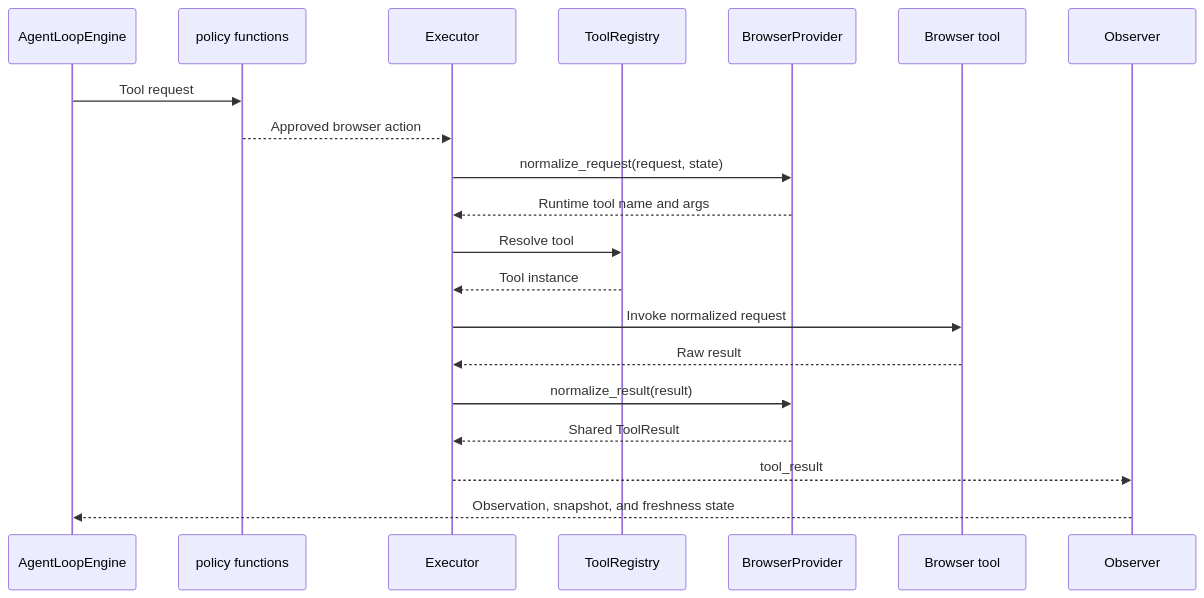
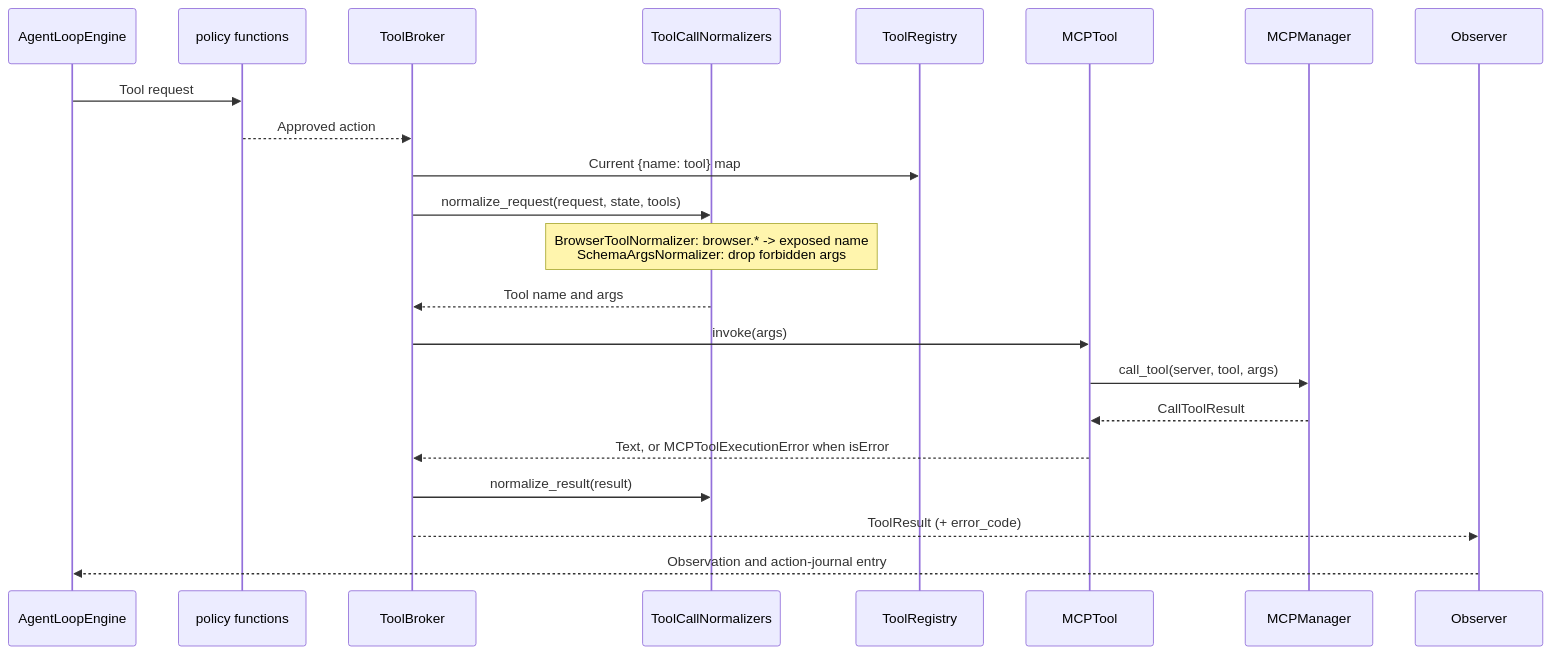
One commit to Hastur456/AutoBrowser changed the diagram in docs/diagrams/browser-provider-boundary.md. Above: the diagram before and after it, drawn with Mermaid. The commit also changed other lines of this file and 14 other files, not shown here.

Commit message:
docs: document universal MCP manager and server-neutral progress journal

````diff
--- a/docs/diagrams/browser-provider-boundary.md
+++ b/docs/diagrams/browser-provider-boundary.md
@@ -7,23 +8,25 @@
 ```mermaid
 sequenceDiagram
   participant Agent as AgentLoopEngine
   participant Policy as policy functions
-  participant Executor
+  participant Broker as ToolBroker
+  participant Norm as ToolCallNormalizers
   participant Registry as ToolRegistry
-  participant Provider as BrowserProvider
-  participant Tool as Browser tool
+  participant Tool as MCPTool
+  participant Manager as MCPManager
   participant Observer
 
   Agent->>Policy: Tool request
-  Policy-->>Executor: Approved browser action
-  Executor->>Provider: normalize_request(request, state)
-  Provider-->>Executor: Runtime tool name and args
-  Executor->>Registry: Resolve tool
-  Registry-->>Executor: Tool instance
-  Executor->>Tool: Invoke normalized request
-  Tool-->>Executor: Raw result
-  Executor->>Provider: normalize_result(result)
-  Provider-->>Executor: Shared ToolResult
-  Executor-->>Observer: tool_result
-  Observer-->>Agent: Observation, snapshot, and freshness state
+  Policy-->>Broker: Approved action
+  Broker->>Registry: Current {name: tool} map
+  Broker->>Norm: normalize_request(request, state, tools)
+  Note over Norm: BrowserToolNormalizer: browser.* -> exposed name<br/>SchemaArgsNormalizer: drop forbidden args
+  Norm-->>Broker: Tool name and args
+  Broker->>Tool: invoke(args)
+  Tool->>Manager: call_tool(server, tool, args)
+  Manager-->>Tool: CallToolResult
+  Tool-->>Broker: Text, or MCPToolExecutionError when isError
+  Broker->>Norm: normalize_result(result)
+  Broker-->>Observer: ToolResult (+ error_code)
+  Observer-->>Agent: Observation and action-journal entry
 ```
````
